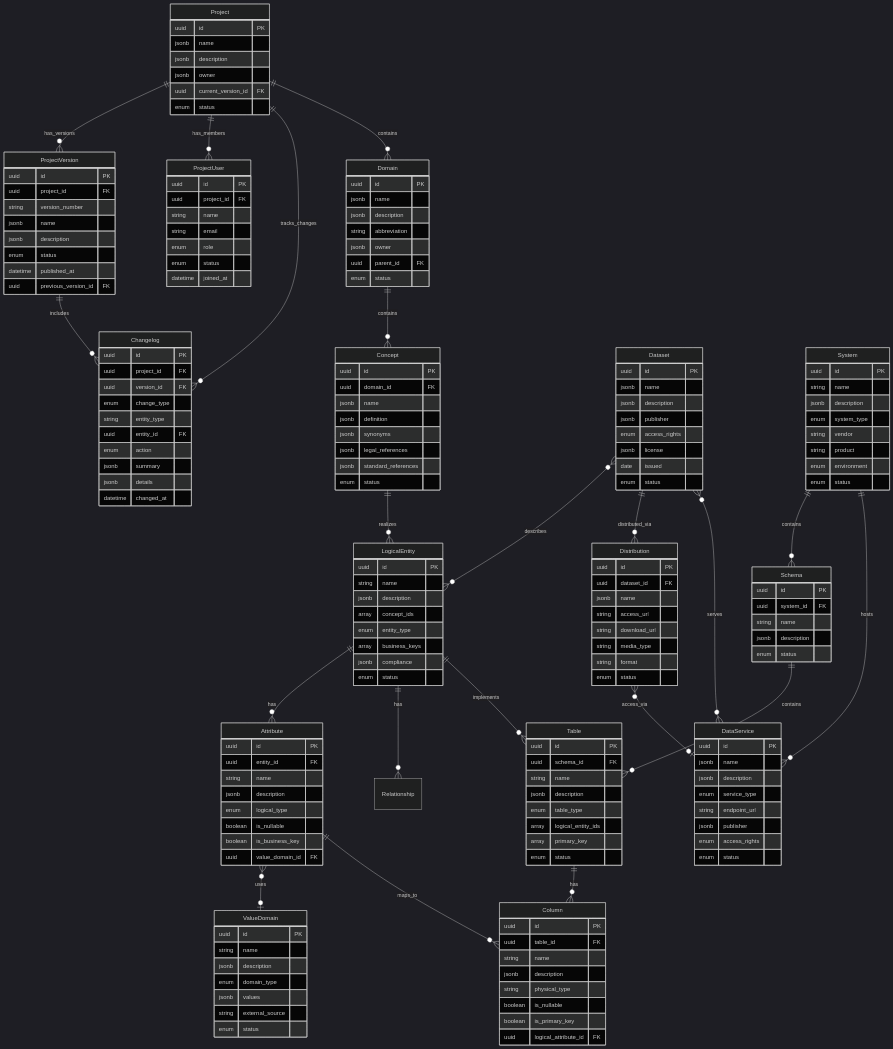
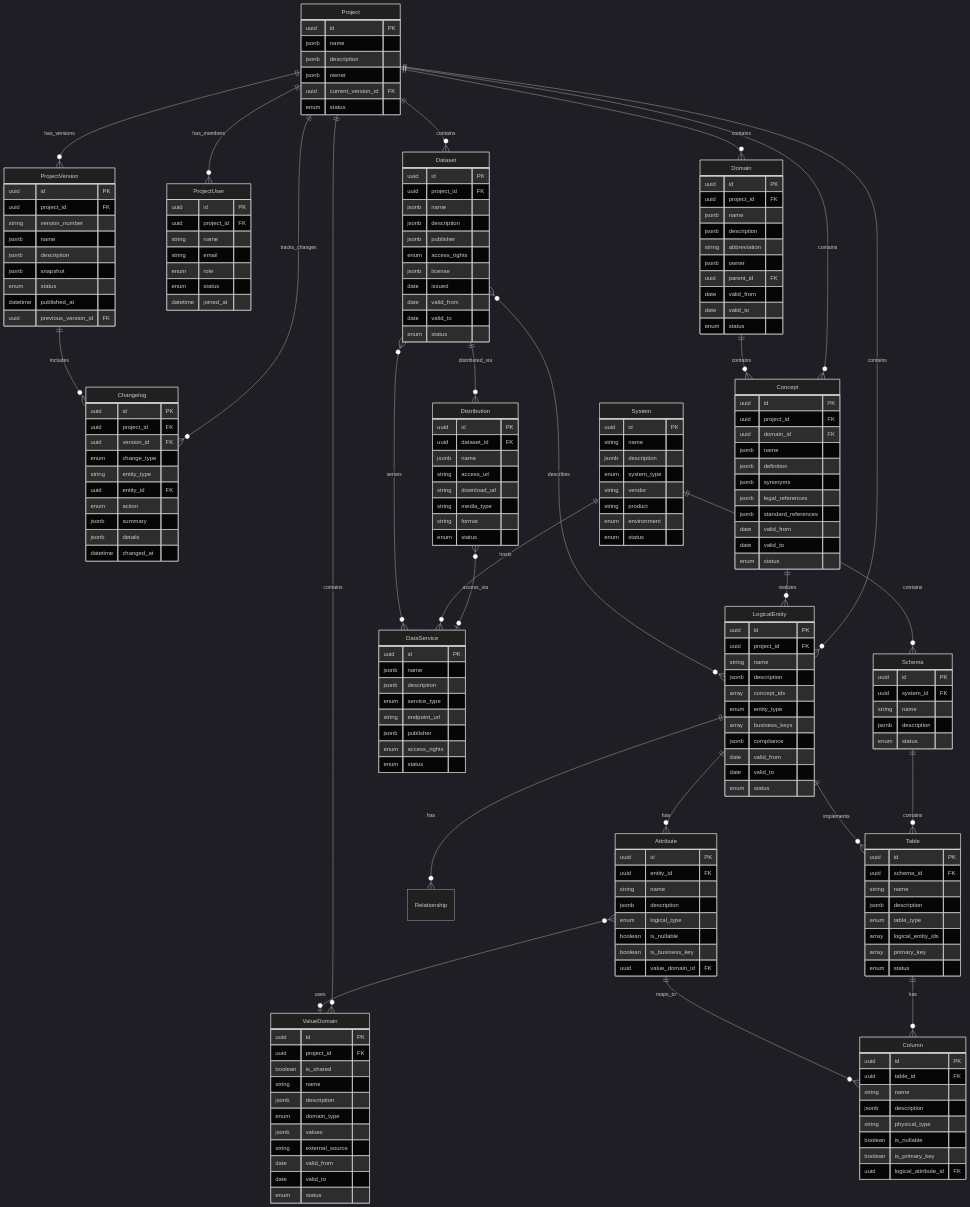
The second of 4 diagrams in documentation/DATABASE.md (davras5/meta-atlas), drawn with Mermaid (dark theme) before and after one commit. The commit also changed other lines of this file and 9 other files, not shown here.

```diff
--- a/documentation/DATABASE.md
+++ b/documentation/DATABASE.md
@@ -203,6 +203,10 @@
     Project ||--o{ ProjectUser : "has_members"
     Project ||--o{ Changelog : "tracks_changes"
     Project ||--o{ Domain : "contains"
+    Project ||--o{ Concept : "contains"
+    Project ||--o{ LogicalEntity : "contains"
+    Project ||--o{ ValueDomain : "contains"
+    Project ||--o{ Dataset : "contains"
     ProjectVersion ||--o{ Changelog : "includes"
 
     Domain ||--o{ Concept : contains
@@ -240,6 +244,7 @@
         string version_number
         jsonb name
         jsonb description
+        jsonb snapshot
         enum status
         datetime published_at
         uuid previous_version_id FK
@@ -270,33 +275,42 @@
 
     Domain {
         uuid id PK
+        uuid project_id FK
         jsonb name
         jsonb description
         string abbreviation
         jsonb owner
         uuid parent_id FK
+        date valid_from
+        date valid_to
         enum status
     }
 
     Concept {
         uuid id PK
+        uuid project_id FK
         uuid domain_id FK
         jsonb name
         jsonb definition
         jsonb synonyms
         jsonb legal_references
         jsonb standard_references
+        date valid_from
+        date valid_to
         enum status
     }
 
     LogicalEntity {
         uuid id PK
+        uuid project_id FK
         string name
         jsonb description
         array concept_ids
         enum entity_type
         array business_keys
         jsonb compliance
+        date valid_from
+        date valid_to
         enum status
     }
 
@@ -313,22 +327,29 @@
 
     ValueDomain {
         uuid id PK
+        uuid project_id FK
+        boolean is_shared
         string name
         jsonb description
         enum domain_type
         jsonb values
         string external_source
+        date valid_from
+        date valid_to
         enum status
     }
 
     Dataset {
         uuid id PK
+        uuid project_id FK
         jsonb name
         jsonb description
         jsonb publisher
         enum access_rights
         jsonb license
         date issued
+        date valid_from
+        date valid_to
         enum status
     }
 
```
